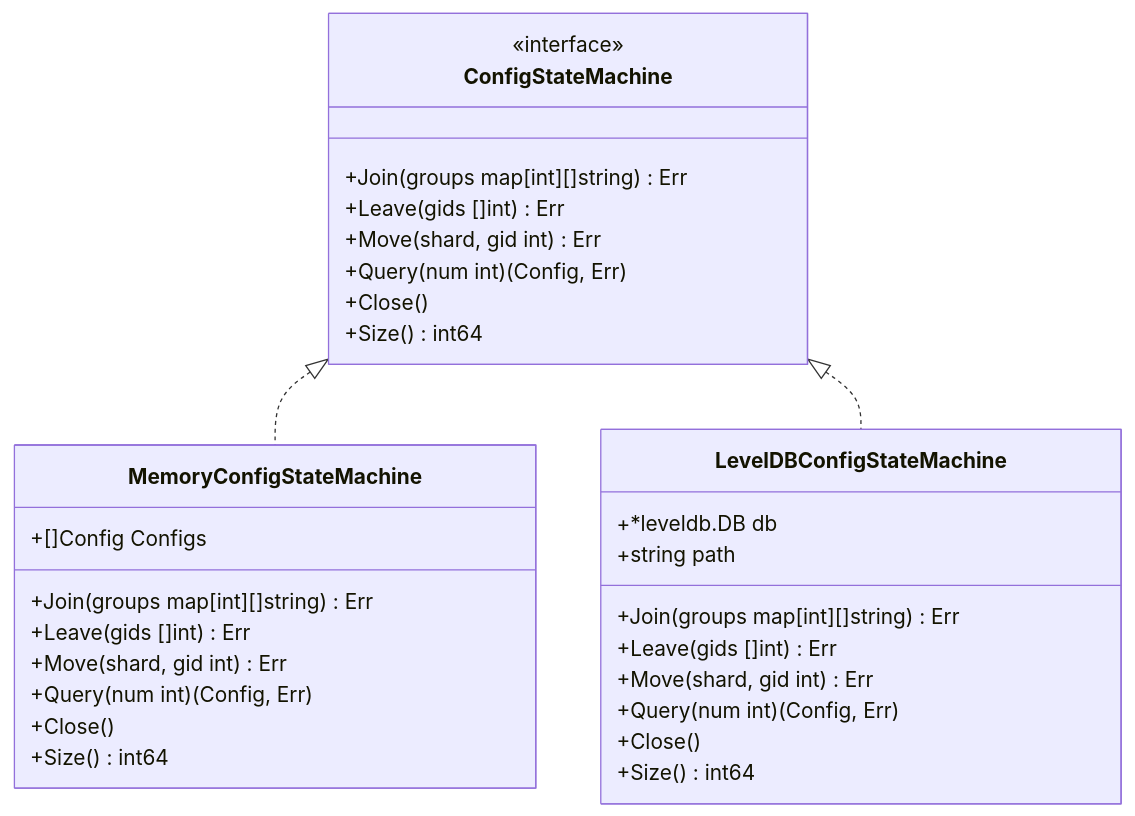
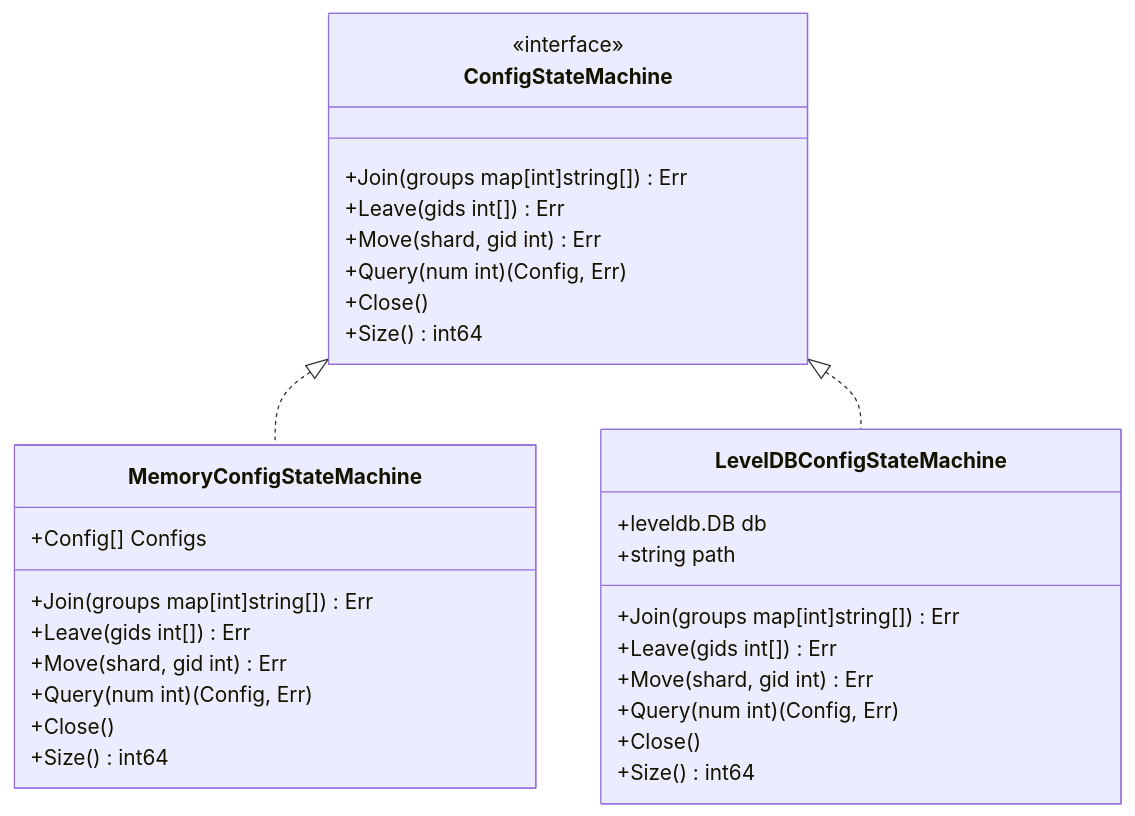
One commit to eraft-io/eraft changed the third of 12 diagrams in wiki/客户端实现/配置控制器客户端.md. Above: the diagram before and after it, drawn with Mermaid. The commit also changed other lines of this file and 35 other files, not shown here.

````diff
--- a/wiki/客户端实现/配置控制器客户端.md
+++ b/wiki/客户端实现/配置控制器客户端.md
@@ -125,33 +125,33 @@
 ```mermaid
 classDiagram
 class ConfigStateMachine {
 <<interface>>
-+Join(groups map[int][]string) Err
-+Leave(gids []int) Err
++Join(groups map[int]string[]) Err
++Leave(gids int[]) Err
 +Move(shard, gid int) Err
 +Query(num int) (Config, Err)
 +Close()
 +Size() int64
 }
 class MemoryConfigStateMachine {
-+[]Config Configs
-+Join(groups map[int][]string) Err
-+Leave(gids []int) Err
++Config[] Configs
++Join(groups map[int]string[]) Err
++Leave(gids int[]) Err
 +Move(shard, gid int) Err
 +Query(num int) (Config, Err)
 +Close()
 +Size() int64
 }
 class LevelDBConfigStateMachine {
-+*leveldb.DB db
++leveldb.DB db
 +string path
-+Join(groups map[int][]string) Err
-+Leave(gids []int) Err
++Join(groups map[int]string[]) Err
++Leave(gids int[]) Err
 +Move(shard, gid int) Err
 +Query(num int) (Config, Err)
 +Close()
 +Size() int64
 }
 ConfigStateMachine <|.. MemoryConfigStateMachine
 ConfigStateMachine <|.. LevelDBConfigStateMachine
 ```
````
